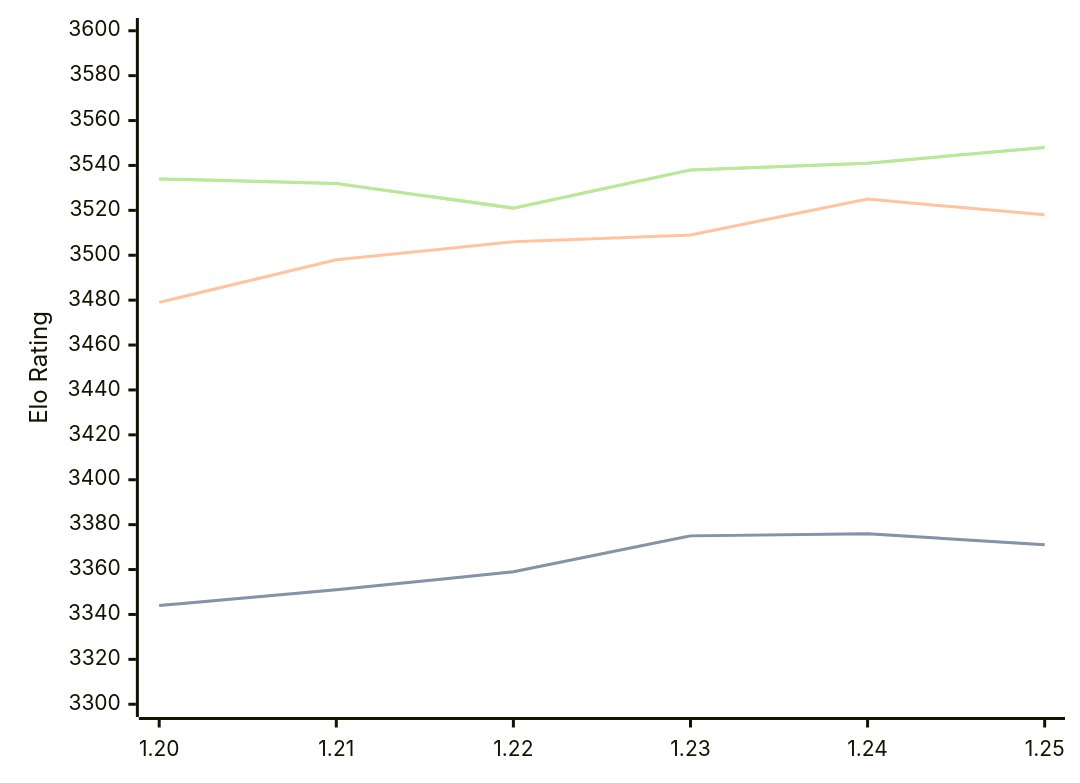
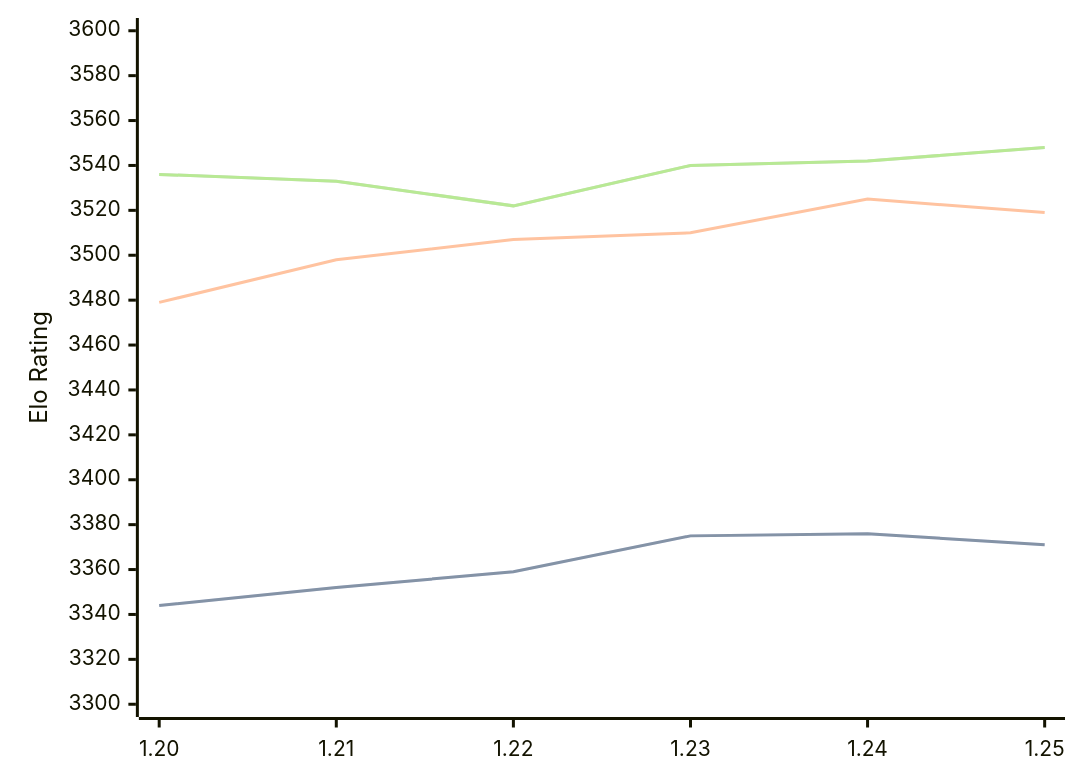
One commit to computer-chess-index/cci changed the diagram in engines/Caissa.md. Above: the diagram before and after it, drawn with Mermaid. The commit also changed other lines of this file, not shown here.

Commit message:
Update CCI Ratings (ELO VLTC) - 2026-07-24

````diff
--- a/engines/Caissa.md
+++ b/engines/Caissa.md
@@ -65,11 +65,11 @@
 ```mermaid
 %%{init: {"theme":"base","themeVariables":{"seriesColors:['#a3a3a3','#222221','#faa371']}}}%%
 xychart-beta
   x-axis ["1.20", "1.21", "1.22", "1.23", "1.24", "1.25"]
   y-axis "Elo Rating" 3300 --> 3600
-  line "STC (8.0+0.08s)" [3344, 3351, 3359, 3375, 3376, 3371]
-  line "STC (8.0+0.08s)" [3344, 3351, 3359, 3375, 3376, 3371]
-  line "LTC (60.0+0.60s)" [3479, 3498, 3506, 3509, 3525, 3518]
-  line "VLTC (2m24s+1.12s)" [3534, 3532, 3521, 3538, 3541, 3548]
-  line "VLTC (2m24s+1.12s)" [3534, 3532, 3521, 3538, 3541, 3548]
+  line "STC (8.0+0.08s)" [3344, 3352, 3359, 3375, 3376, 3371]
+  line "STC (8.0+0.08s)" [3344, 3352, 3359, 3375, 3376, 3371]
+  line "LTC (60.0+0.60s)" [3479, 3498, 3507, 3510, 3525, 3519]
+  line "VLTC (2m24s+1.12s)" [3536, 3533, 3522, 3540, 3542, 3548]
+  line "VLTC (2m24s+1.12s)" [3536, 3533, 3522, 3540, 3542, 3548]
 ```
````
